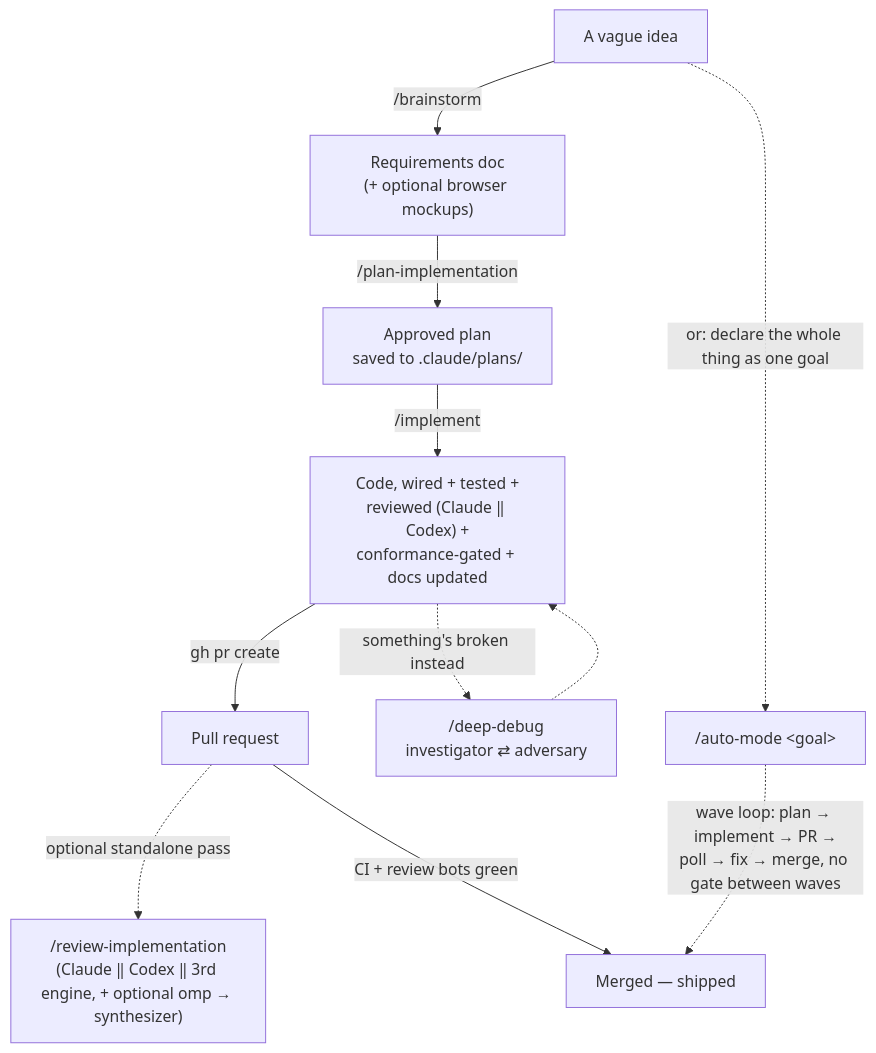
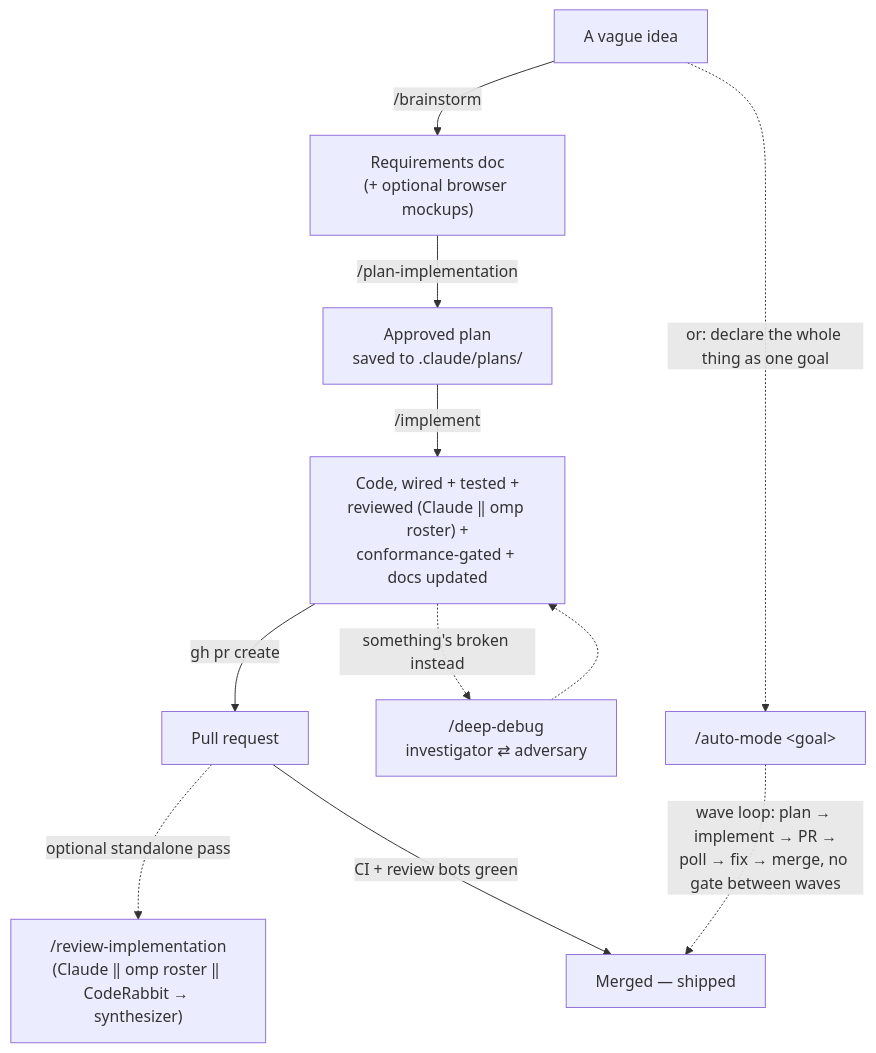
One commit to nodera-studio/agent-os changed the second of 2 diagrams in agents/README.md. Above: the diagram before and after it, drawn with Mermaid. The commit also changed other lines of this file and 6 other files, not shown here.

First line of the commit message:
Document the engine strategy and the owner-run omp setup

````diff
--- a/agents/README.md
+++ b/agents/README.md
@@ -103,15 +141,15 @@
 ```mermaid
 flowchart TD
     IDEA["A vague idea"] -->|"/brainstorm"| REQ["Requirements doc<br/>(+ optional browser mockups)"]
     REQ -->|"/plan-implementation"| PLAN["Approved plan<br/>saved to .claude/plans/"]
-    PLAN -->|"/implement"| CODE["Code, wired + tested +<br/>reviewed (Claude ‖ Codex) +<br/>conformance-gated + docs updated"]
+    PLAN -->|"/implement"| CODE["Code, wired + tested +<br/>reviewed (Claude ‖ omp roster) +<br/>conformance-gated + docs updated"]
     CODE -->|"gh pr create"| PR["Pull request"]
-    PR -.->|"optional standalone pass"| DEEPREV["/review-implementation<br/>(Claude ‖ Codex ‖ 3rd engine, + optional omp → synthesizer)"]
+    PR -.->|"optional standalone pass"| DEEPREV["/review-implementation<br/>(Claude ‖ omp roster ‖ CodeRabbit → synthesizer)"]
     PR -->|"CI + review bots green"| SHIP["Merged — shipped"]
 
     IDEA -.->|"or: declare the whole thing as one goal"| GOAL["/auto-mode &lt;goal&gt;"]
     GOAL -.->|"wave loop: plan → implement → PR →<br/>poll → fix → merge, no gate between waves"| SHIP
 
     CODE -.->|"something's broken instead"| DEBUG["/deep-debug<br/>investigator ⇄ adversary"]
     DEBUG -.-> CODE
 ```
````
